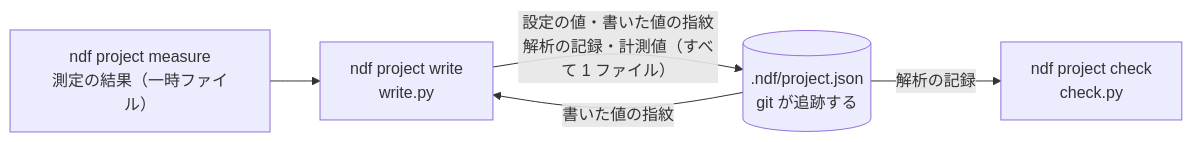
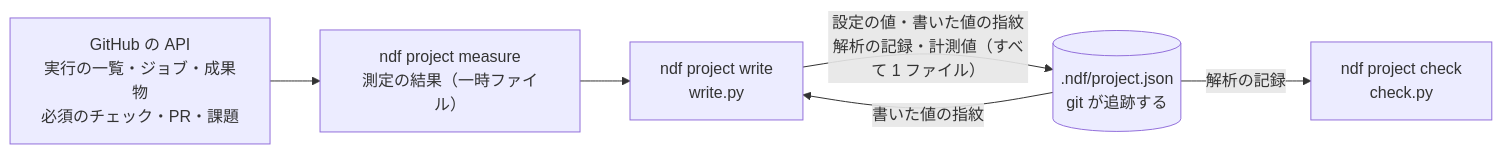
One commit to devbasex/ai-plugins changed the first of 3 diagrams in issues/issue-4516-design.md. Above: the diagram before and after it, drawn with Mermaid. The commit also changed other lines of this file and 5 other files, not shown here.

````diff
--- a/issues/issue-4516-design.md
+++ b/issues/issue-4516-design.md
@@ -9,7 +9,8 @@
 ```mermaid
 flowchart LR
-  M["ndf project measure<br/>測定の結果（一時ファイル）"] --> W["ndf project write<br/>write.py"]
+  GH["GitHub の API<br/>実行の一覧・ジョブ・成果物<br/>必須のチェック・PR・課題"] --> M["ndf project measure<br/>測定の結果（一時ファイル）"]
+  M --> W["ndf project write<br/>write.py"]
   W -->|"設定の値・書いた値の指紋<br/>解析の記録・計測値（すべて 1 ファイル）"| P[(".ndf/project.json<br/>git が追跡する")]
   P -->|"解析の記録"| C["ndf project check<br/>check.py"]
   P -->|"書いた値の指紋"| W
 ```
````
